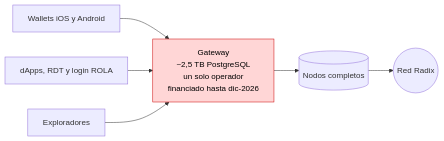
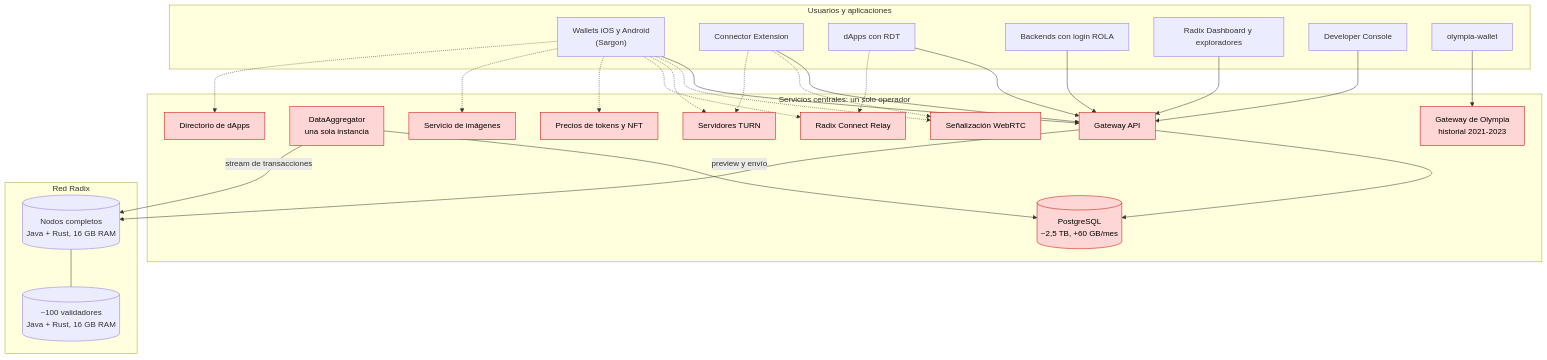
Before and after one commit to dazligth/radix-decentralization-roadmap: the first of 2 diagrams in docs/es/01-situacion-actual.md, drawn with Mermaid. The commit also changed other lines of this file and 17 other files, not shown here.

First line of the commit message:
Add lighter nodes (4 GB RAM / 500 GB), implementation guide and infrastructure diagrams

````diff
--- a/docs/es/01-situacion-actual.md
+++ b/docs/es/01-situacion-actual.md
@@ -42,10 +42,51 @@
 ```mermaid
-flowchart LR
-    W["Wallets iOS y Android"] --> G
-    D["dApps, RDT y login ROLA"] --> G
-    X["Exploradores"] --> G
-    G["Gateway<br/>~2,5 TB PostgreSQL<br/>un solo operador<br/>financiado hasta dic-2026"] --> N[("Nodos completos")]
-    N --> R(("Red Radix"))
-    classDef spof fill:#ffd6d6,stroke:#c00,color:#000
-    class G spof
+flowchart TB
+    subgraph APPS["Usuarios y aplicaciones"]
+        W["Wallets iOS y Android<br/>(Sargon)"]
+        EXT["Connector Extension"]
+        DAPP["dApps con RDT"]
+        ROLA["Backends con login ROLA"]
+        EXP["Radix Dashboard y exploradores"]
+        DEV["Developer Console"]
+        OLYW["olympia-wallet"]
+    end
+    subgraph CENTRAL["Servicios centrales: un solo operador"]
+        GW["Gateway API"]
+        AGG["DataAggregator<br/>una sola instancia"]
+        PG[("PostgreSQL<br/>~2,5 TB, +60 GB/mes")]
+        SIG["Señalización WebRTC"]
+        TURN["Servidores TURN"]
+        RELAY["Radix Connect Relay"]
+        PRICE["Precios de tokens y NFT"]
+        IMG["Servicio de imágenes"]
+        DIR["Directorio de dApps"]
+        OGW["Gateway de Olympia<br/>historial 2021-2023"]
+    end
+    subgraph NET["Red Radix"]
+        FN[("Nodos completos<br/>Java + Rust, 16 GB RAM")]
+        VAL[("~100 validadores<br/>Java + Rust, 16 GB RAM")]
+    end
+    W --> GW
+    EXT --> GW
+    DAPP --> GW
+    ROLA --> GW
+    EXP --> GW
+    DEV --> GW
+    GW --> PG
+    AGG --> PG
+    AGG -- "stream de transacciones" --> FN
+    GW -- "preview y envío" --> FN
+    FN --- VAL
+    W -.-> SIG
+    EXT -.-> SIG
+    W -.-> TURN
+    EXT -.-> TURN
+    W -.-> RELAY
+    DAPP -.-> RELAY
+    W -.-> PRICE
+    W -.-> IMG
+    W -.-> DIR
+    OLYW --> OGW
+    classDef central fill:#ffd6d6,stroke:#c00,color:#000
+    class GW,AGG,PG,SIG,TURN,RELAY,PRICE,IMG,DIR,OGW central
 ```
````
